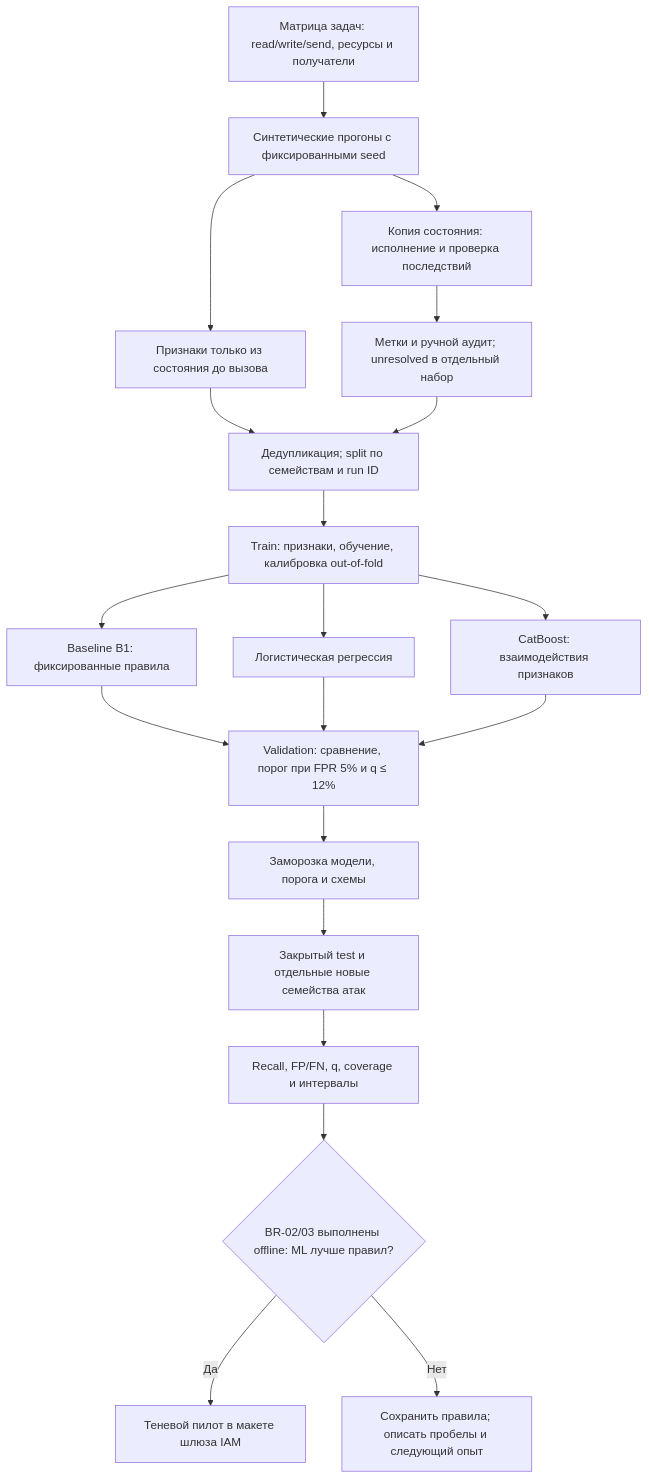
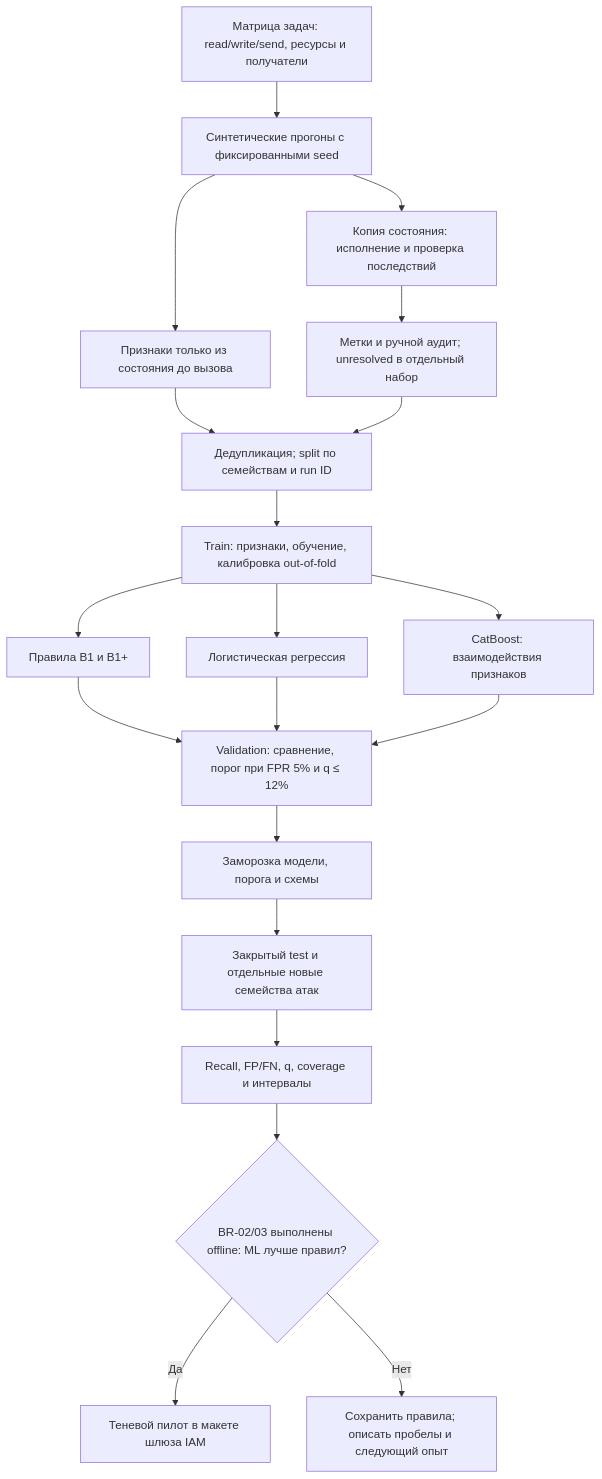
One commit to burdygin/itmo-mlsd-agent-risk changed the first of 2 diagrams in docs/ml_system_design_doc.md. Above: the diagram before and after it, drawn with Mermaid. The commit also changed other lines of this file and 7 other files, not shown here.

````diff
--- a/docs/ml_system_design_doc.md
+++ b/docs/ml_system_design_doc.md
@@ -349,22 +351,22 @@
 ```mermaid
 flowchart TD
     S[Матрица задач: read/write/send, ресурсы и получатели] --> G[Синтетические прогоны с фиксированными seed]
     G --> X[Признаки только из состояния до вызова]
     G --> O[Копия состояния: исполнение и проверка последствий]
     O --> Y[Метки и ручной аудит; unresolved в отдельный набор]
     X --> D[Дедупликация; split по семействам и run ID]
     Y --> D
     D --> T[Train: признаки, обучение, калибровка out-of-fold]
-    T --> B[Baseline B1: фиксированные правила]
+    T --> B[Правила B1 и B1+]
     T --> L[Логистическая регрессия]
     T --> C[CatBoost: взаимодействия признаков]
     B --> V[Validation: сравнение, порог при FPR 5% и q ≤ 12%]
     L --> V
     C --> V
     V --> F[Заморозка модели, порога и схемы]
     F --> E[Закрытый test и отдельные новые семейства атак]
     E --> R[Recall, FP/FN, q, coverage и интервалы]
     R --> Q{BR-02/03 выполнены offline: ML лучше правил?}
     Q -->|Да| P[Теневой пилот в макете шлюза IAM]
     Q -->|Нет| N[Сохранить правила; описать пробелы и следующий опыт]
 ```
````
